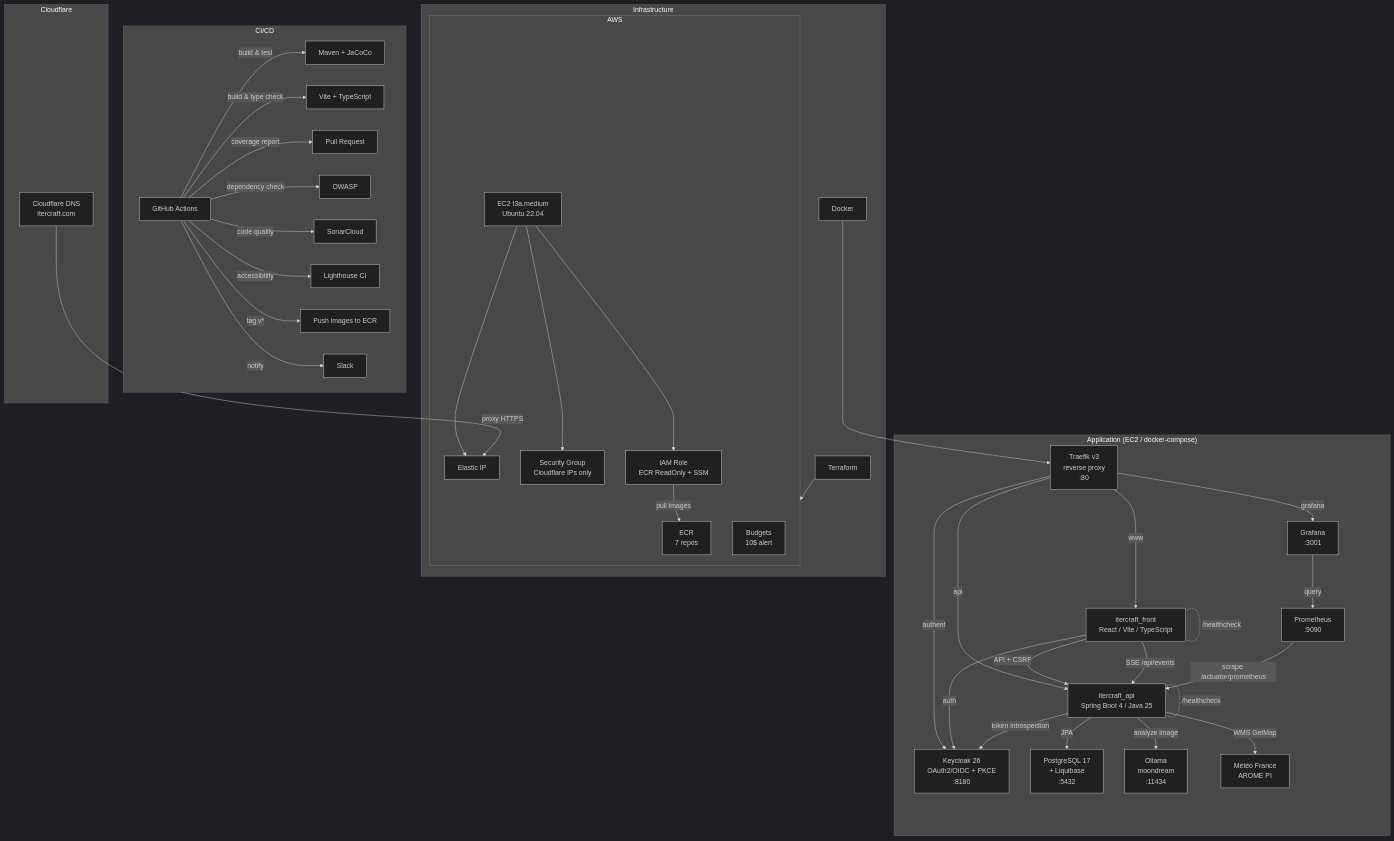
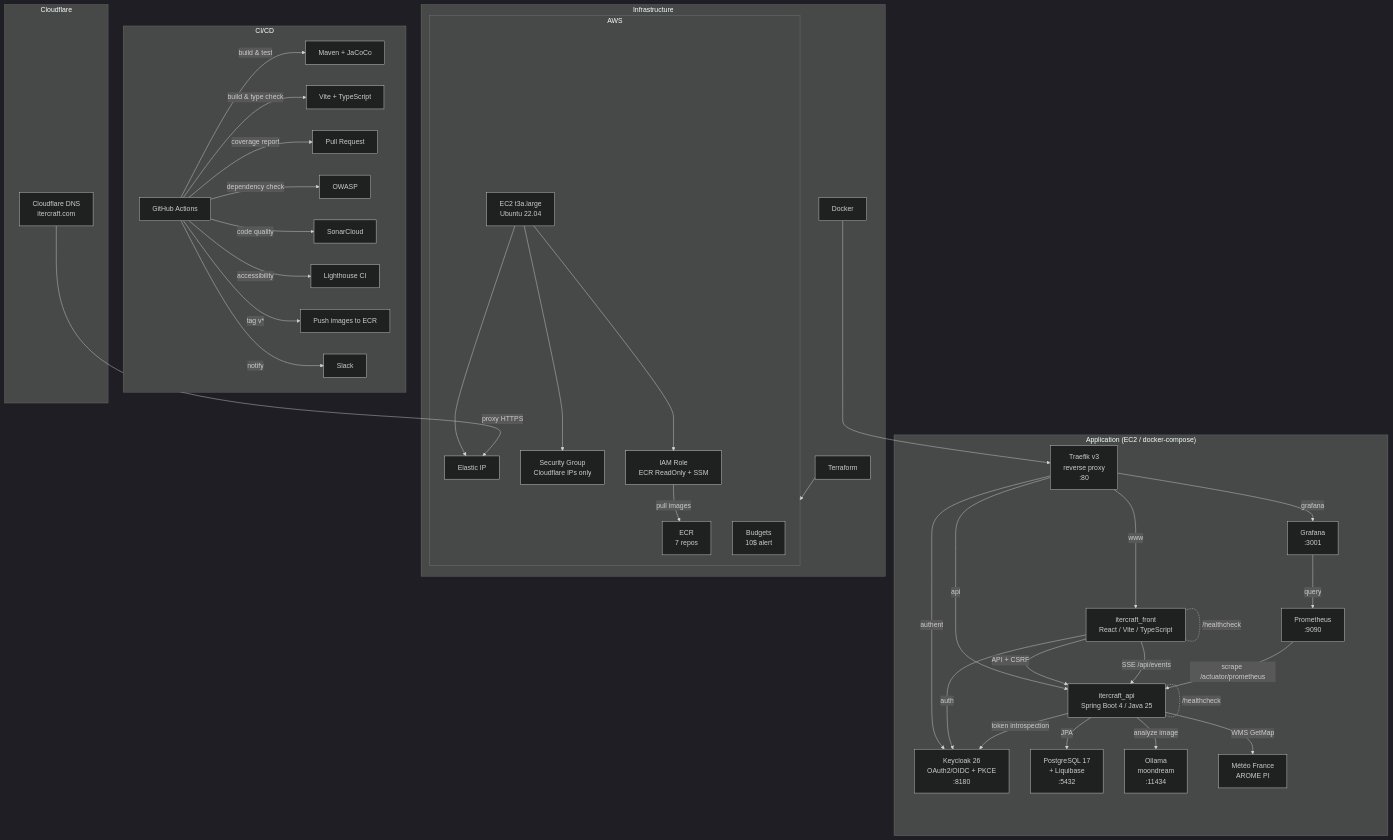
One commit to neodatsu/itercraft changed the diagram in README.md. Above: the diagram before and after it, drawn with Mermaid (dark theme). The commit also changed 2 other files, not shown here.

Commit message:
tweak config

````diff
--- a/README.md
+++ b/README.md
@@ -9,59 +9,59 @@
 ```mermaid
 graph TB
     subgraph CI/CD
         GH[GitHub Actions]
         GH -->|build & test| MVN[Maven + JaCoCo]
         GH -->|build & type check| VITE[Vite + TypeScript]
         GH -->|coverage report| PR[Pull Request]
         GH -->|dependency check| OWASP[OWASP]
         GH -->|code quality| SONAR[SonarCloud]
         GH -->|accessibility| LH[Lighthouse CI]
         GH -->|tag v*| ECR_PUSH[Push images to ECR]
         GH -->|notify| SLACK[Slack]
     end
 
     subgraph AWS
         ECR[ECR<br/>7 repos]
         BUD[Budgets<br/>10$ alert]
-        EC2[EC2 t3a.medium<br/>Ubuntu 22.04]
+        EC2[EC2 t3a.large<br/>Ubuntu 22.04]
         EIP[Elastic IP]
         SG[Security Group<br/>Cloudflare IPs only]
         IAM[IAM Role<br/>ECR ReadOnly + SSM]
         EC2 --> EIP
         EC2 --> SG
         EC2 --> IAM
         IAM -->|pull images| ECR
     end
 
     subgraph Cloudflare
         CF[Cloudflare DNS<br/>itercraft.com]
         CF -->|proxy HTTPS| EIP
     end
 
     subgraph "Application (EC2 / docker-compose)"
         TRAEFIK[Traefik v3<br/>reverse proxy<br/>:80]
         TRAEFIK -->|www| FRONT[itercraft_front<br/>React / Vite / TypeScript]
         TRAEFIK -->|api| API[itercraft_api<br/>Spring Boot 4 / Java 25]
         TRAEFIK -->|authent| KC[Keycloak 26<br/>OAuth2/OIDC + PKCE<br/>:8180]
         TRAEFIK -->|grafana| GRAF[Grafana<br/>:3001]
         API -.-|/healthcheck| API
         FRONT -.-|/healthcheck| FRONT
         FRONT -->|auth| KC
         FRONT -->|API + CSRF| API
         FRONT -->|SSE /api/events| API
         API -->|token introspection| KC
         API -->|JPA| PG[PostgreSQL 17<br/>+ Liquibase<br/>:5432]
         OLLAMA[Ollama<br/>moondream<br/>:11434]
         API -->|analyze image| OLLAMA
         API -->|WMS GetMap| MF[Météo France<br/>AROME PI]
         PROM[Prometheus<br/>:9090] -->|scrape /actuator/prometheus| API
         GRAF -->|query| PROM
     end
 
     subgraph Infrastructure
         TF[Terraform]
         DOCKER[Docker]
         TF --> AWS
         DOCKER --> TRAEFIK
     end
 ```
````
